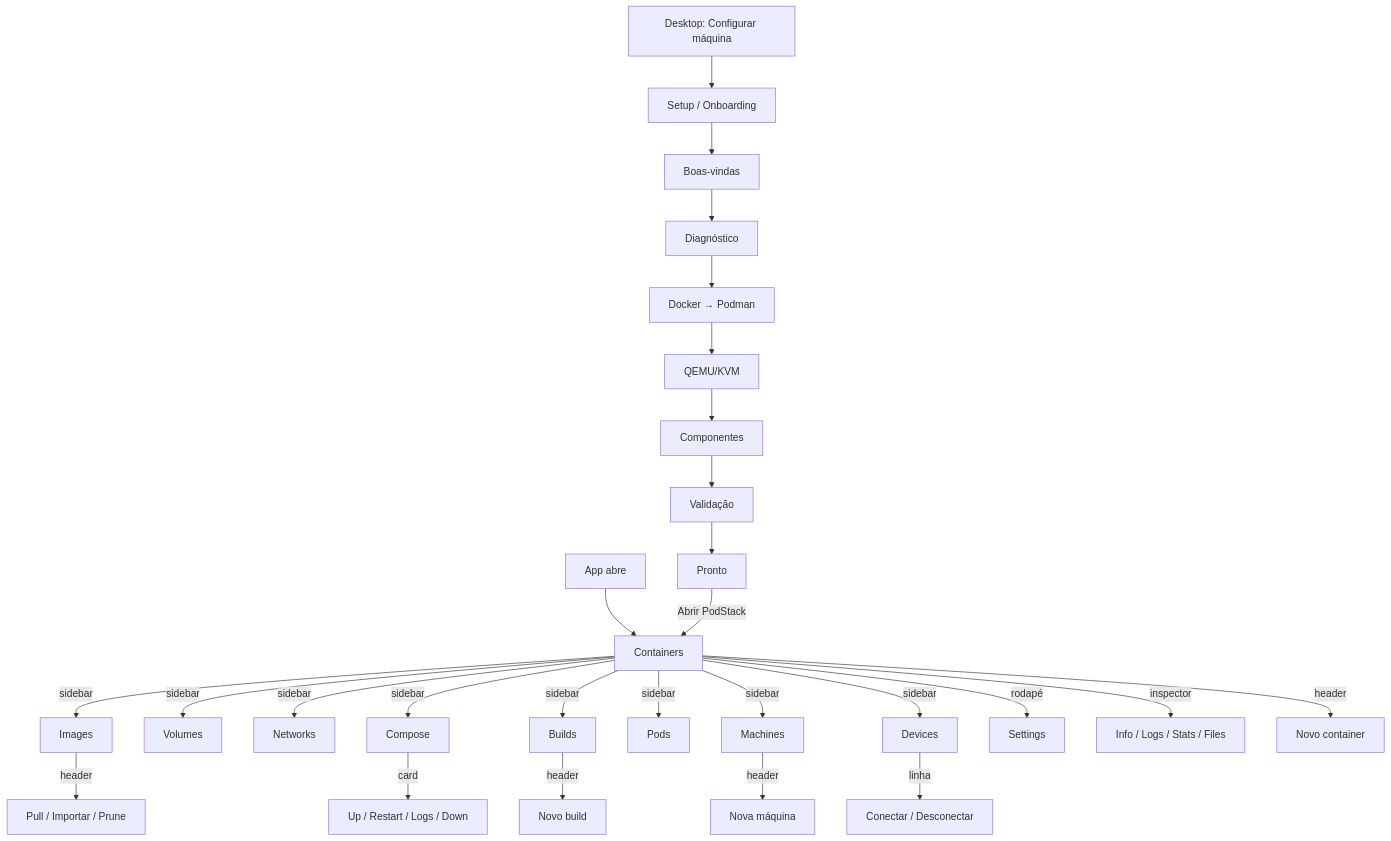
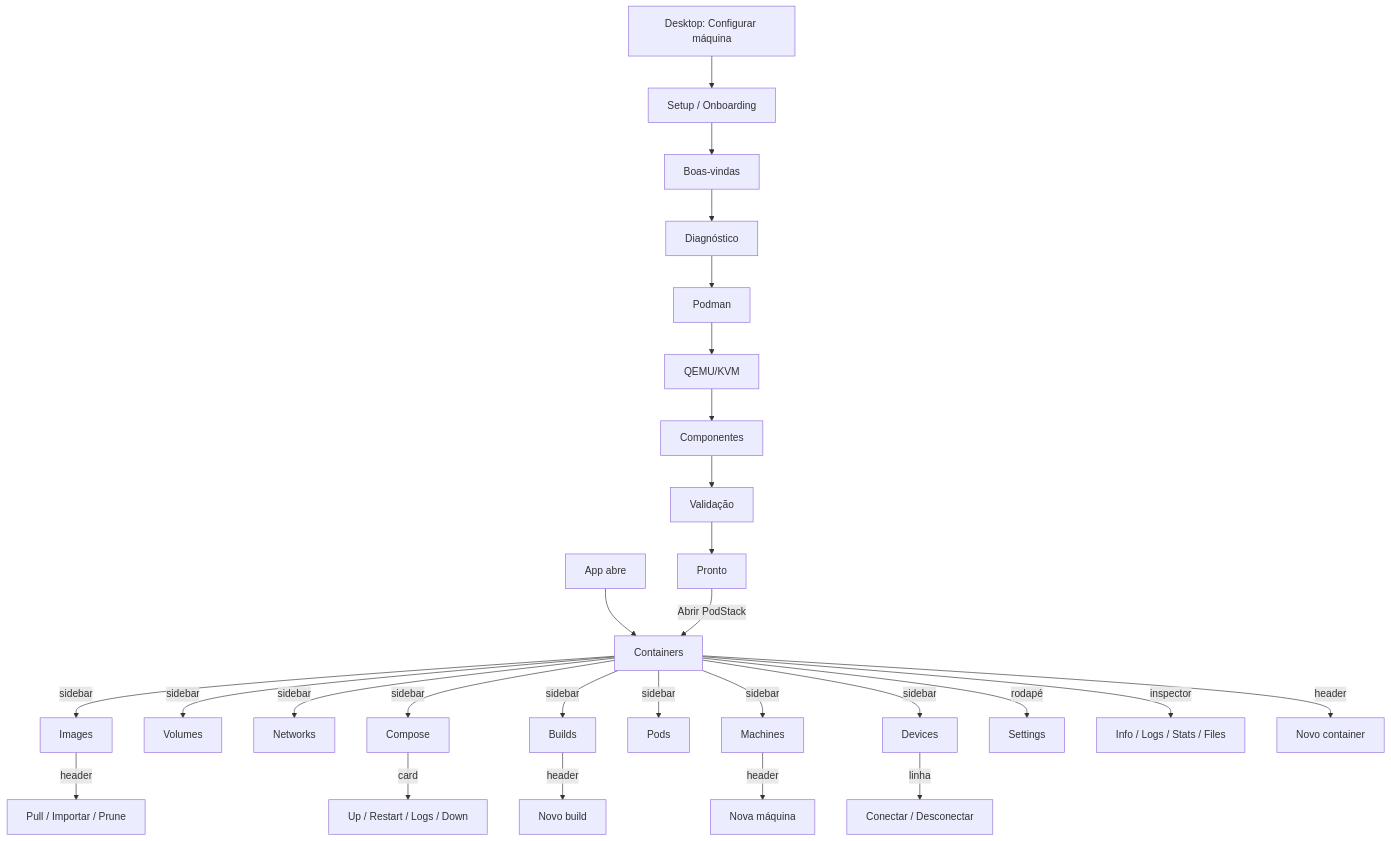
Before and after one commit to marcos2872/podstack: the first of 10 diagrams in poc/ui/FLOWS.md, drawn with Mermaid. The commit also changed other lines of this file and 9 other files, not shown here.

````diff
--- a/poc/ui/FLOWS.md
+++ b/poc/ui/FLOWS.md
@@ -10,29 +10,29 @@
 ```mermaid
 flowchart TD
     A[App abre] --> B[Containers]
     B -->|sidebar| C[Images]
     B -->|sidebar| D[Volumes]
     B -->|sidebar| E[Networks]
     B -->|sidebar| F[Compose]
     B -->|sidebar| G[Builds]
     B -->|sidebar| H[Pods]
     B -->|sidebar| I[Machines]
     B -->|sidebar| J[Devices]
     B -->|rodapé| K[Settings]
     B -->|inspector| L[Info / Logs / Stats / Files]
     B -->|header| M[Novo container]
     C -->|header| N[Pull / Importar / Prune]
     F -->|card| O[Up / Restart / Logs / Down]
     G -->|header| P[Novo build]
     I -->|header| Q[Nova máquina]
     J -->|linha| R[Conectar / Desconectar]
     S[Desktop: Configurar máquina] --> T[Setup / Onboarding]
     T --> U[Boas-vindas]
     U --> V[Diagnóstico]
-    V --> W[Docker → Podman]
+    V --> W[Podman]
     W --> X[QEMU/KVM]
     X --> Y[Componentes]
     Y --> Z[Validação]
     Z --> AA[Pronto]
     AA -->|Abrir PodStack| B
 ```
````
